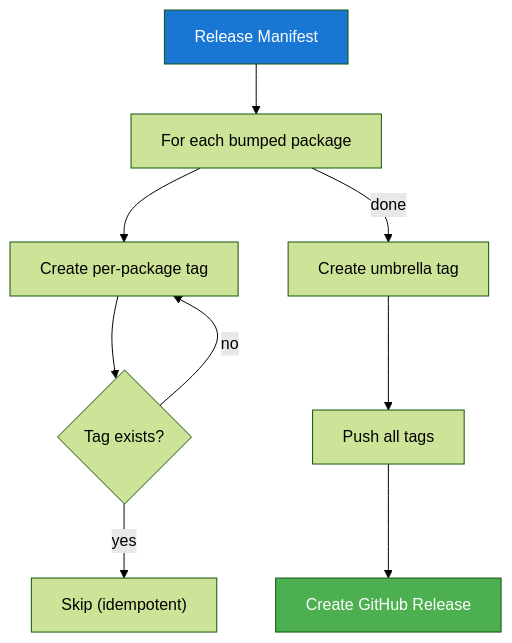
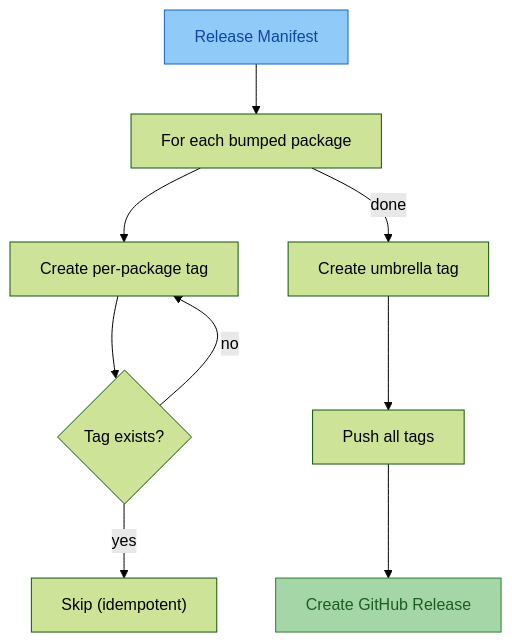
The first of 4 diagrams in tools/releasekit/docs/docs/internals/tags.md (genkit-ai/genkit-python), drawn with Mermaid (forest theme) before and after one commit. The commit also changed other lines of this file and 208 other files, not shown here.

````diff
--- a/tools/releasekit/docs/docs/internals/tags.md
+++ b/tools/releasekit/docs/docs/internals/tags.md
@@ -24,23 +24,23 @@
 ```mermaid
 graph TD
     MFST["Release Manifest"]
     LOOP["For each bumped package"]
     TAG["Create per-package tag"]
     CHECK{"Tag exists?"}
     SKIP["Skip (idempotent)"]
     UMBTAG["Create umbrella tag"]
     PUSH["Push all tags"]
     REL["Create GitHub Release"]
 
     MFST --> LOOP
     LOOP --> TAG
     TAG --> CHECK
     CHECK -->|yes| SKIP
     CHECK -->|no| TAG
     LOOP -->|done| UMBTAG
     UMBTAG --> PUSH
     PUSH --> REL
 
-    style MFST fill:#1976d2,color:#fff
-    style REL fill:#4caf50,color:#fff
+    style MFST fill:#90caf9,stroke:#1565c0,color:#0d47a1
+    style REL fill:#a5d6a7,stroke:#2e7d32,color:#1b5e20
 ```
````
